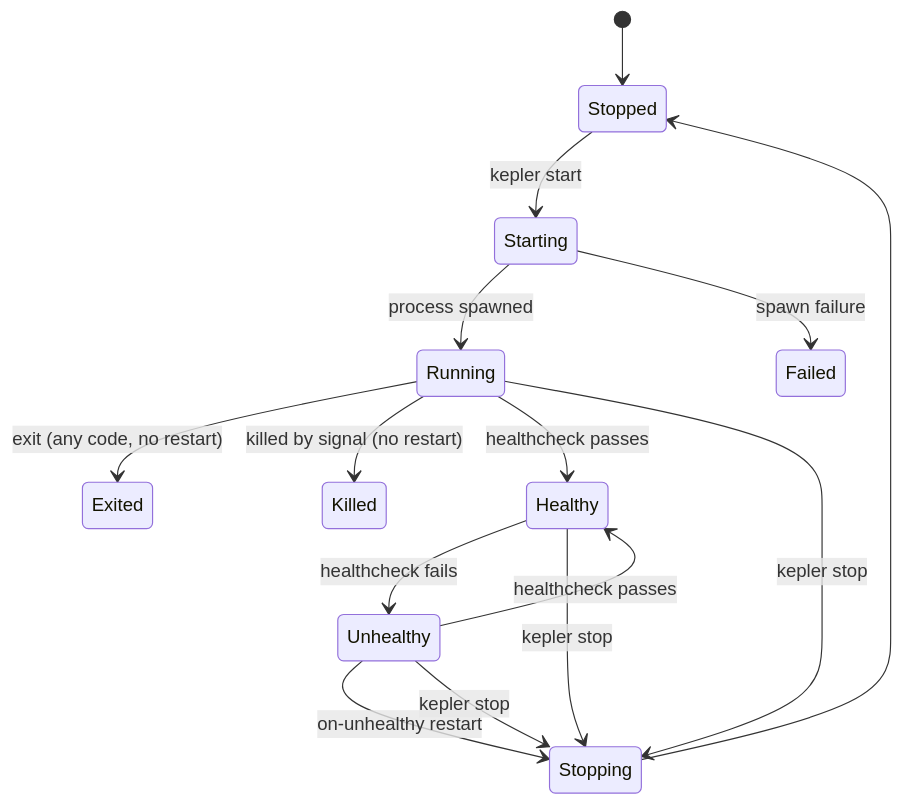
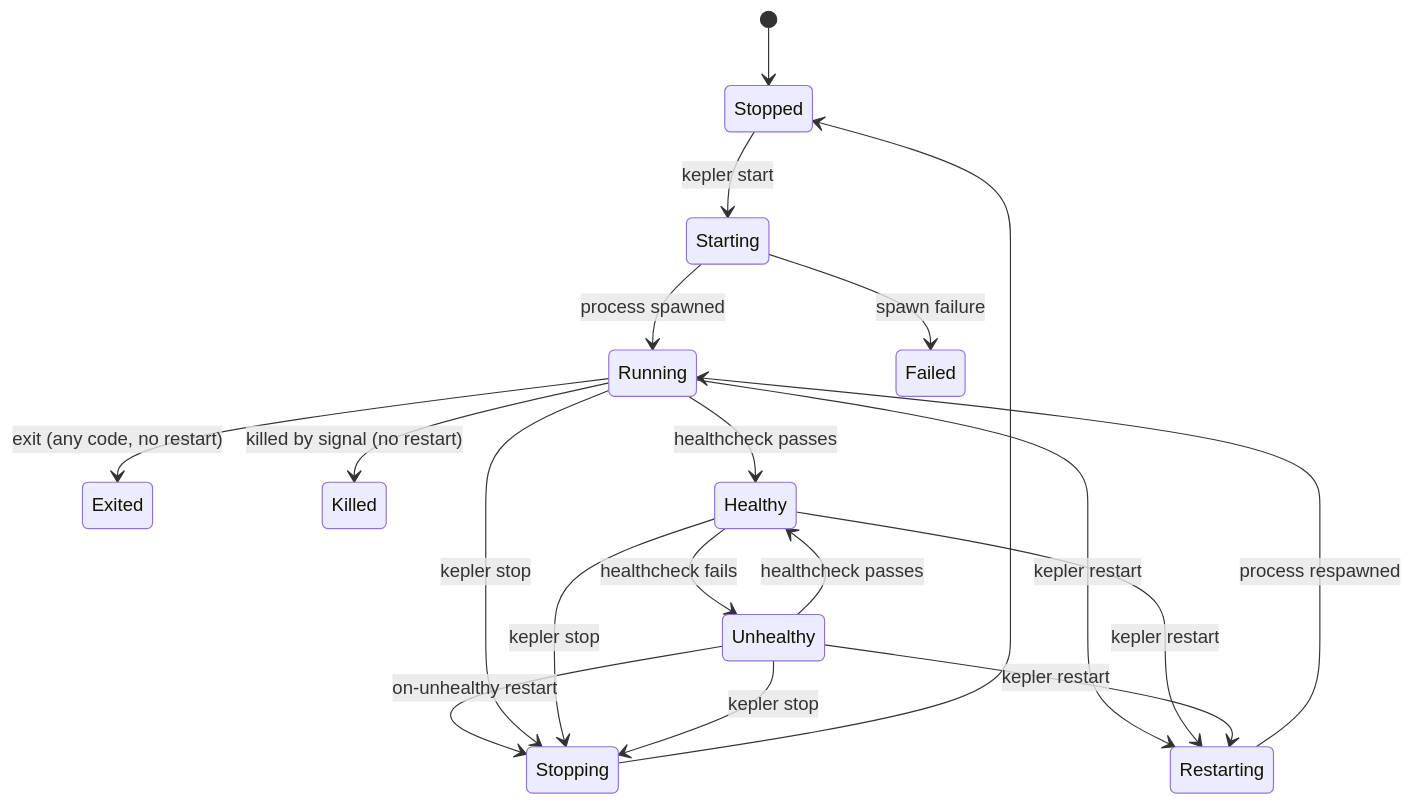
One commit to maleus-ai/kepler changed the diagram in docs/service-lifecycle.md. Above: the diagram before and after it, drawn with Mermaid. The commit also changed other lines of this file and 26 other files, not shown here.

````diff
--- a/docs/service-lifecycle.md
+++ b/docs/service-lifecycle.md
@@ -48,17 +49,21 @@
 ```mermaid
 stateDiagram-v2
     [*] --> Stopped
     Stopped --> Starting : kepler start
     Starting --> Running : process spawned
     Starting --> Failed : spawn failure
     Running --> Exited : exit (any code, no restart)
     Running --> Killed : killed by signal (no restart)
     Running --> Healthy : healthcheck passes
     Healthy --> Unhealthy : healthcheck fails
     Unhealthy --> Healthy : healthcheck passes
     Unhealthy --> Stopping : on-unhealthy restart
+    Running --> Restarting : kepler restart
+    Healthy --> Restarting : kepler restart
+    Unhealthy --> Restarting : kepler restart
+    Restarting --> Running : process respawned
     Running --> Stopping : kepler stop
     Healthy --> Stopping : kepler stop
     Unhealthy --> Stopping : kepler stop
     Stopping --> Stopped
 ```
````
